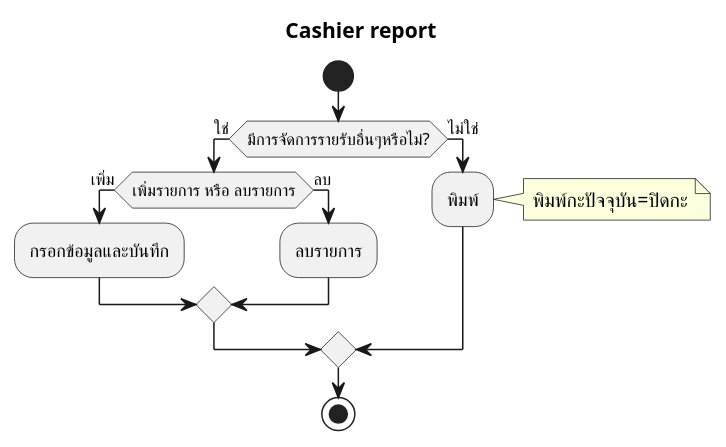
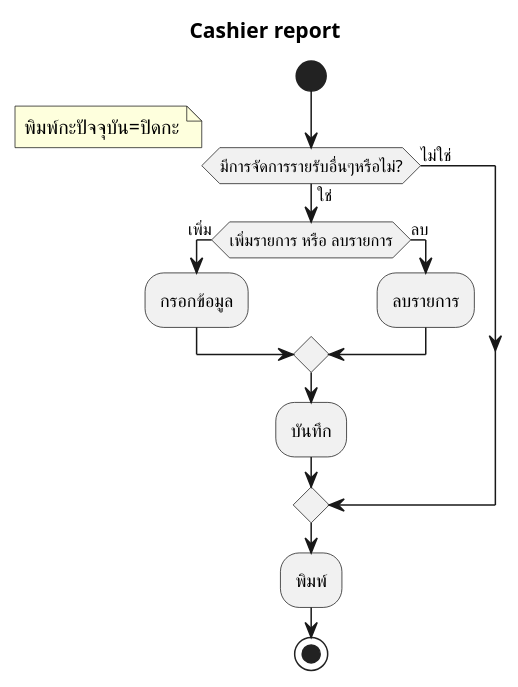
One commit to cheat13/Prompiman_Diagram changed the diagram in activity-diagram/Management/Cashier_report.md. Above: the diagram before and after it, drawn with PlantUML. The commit also changed 11 other files, not shown here.

```diff
--- a/activity-diagram/Management/Cashier_report.md
+++ b/activity-diagram/Management/Cashier_report.md
@@ -1,23 +1,24 @@
 @startuml
 start
 
 title Cashier report
 
 if (มีการจัดการรายรับอื่นๆหรือไม่?) then (ใช่)
 
 if (เพิ่มรายการ หรือ ลบรายการ) then (เพิ่ม)
-:กรอกข้อมูลและบันทึก;
+:กรอกข้อมูล;
 else(ลบ)
 :ลบรายการ;
 endif
+:บันทึก;
 
 else (ไม่ใช่)
-:พิมพ์;
 note right
 พิมพ์กะปัจจุบัน=ปิดกะ
 end note
 endif
+:พิมพ์;
 
 
 stop
 @enduml
```
